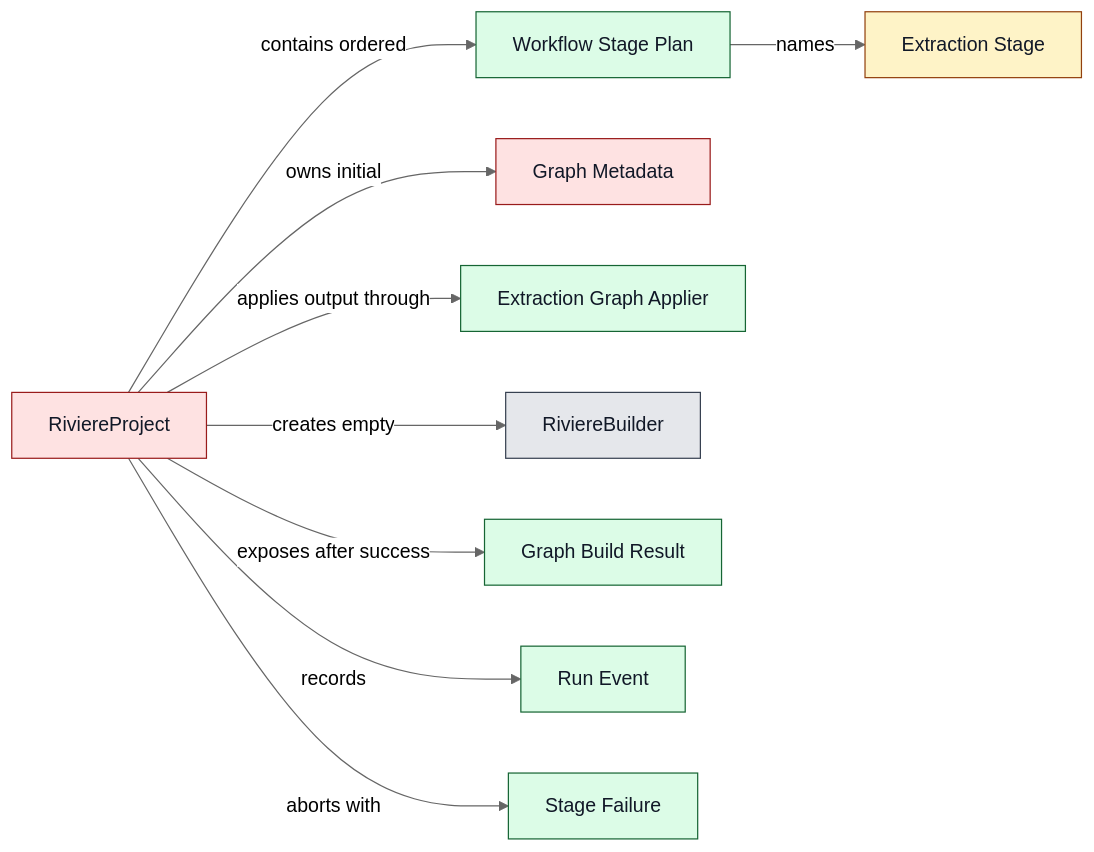
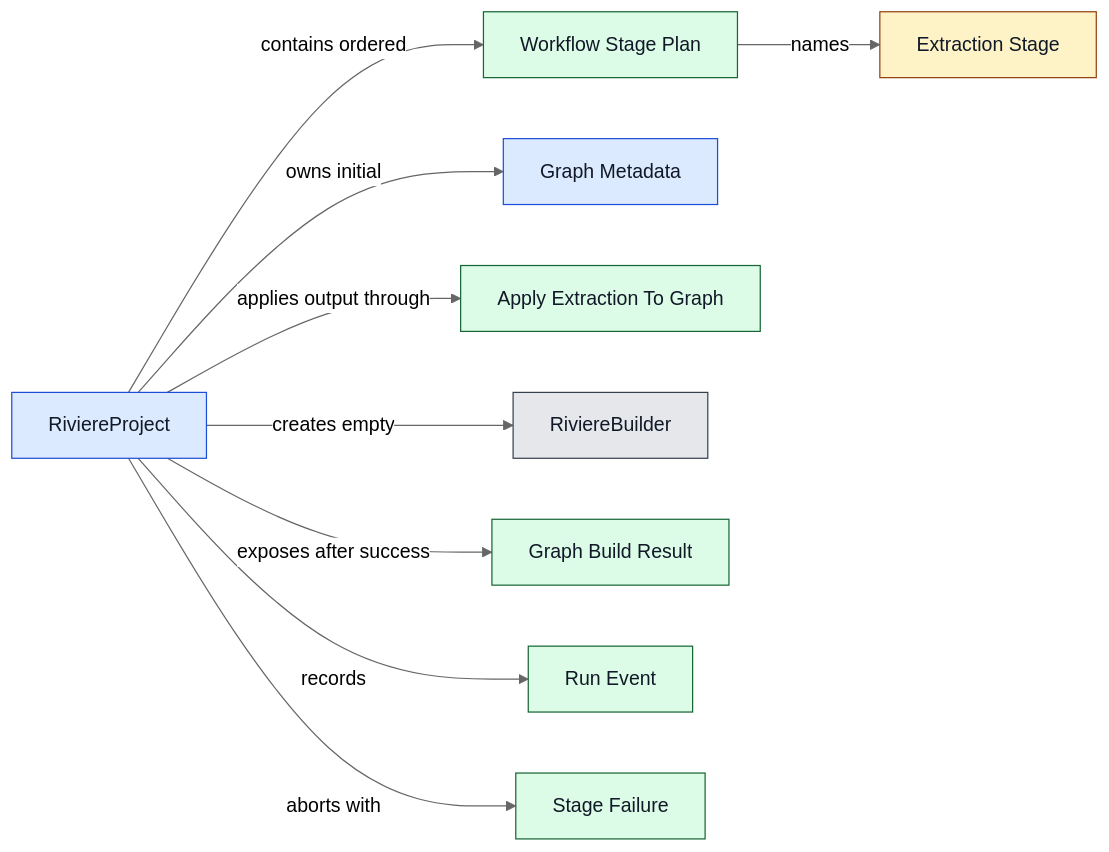
Before and after one commit to NTCoding/living-architecture: the first of 5 diagrams in docs/project/PRD/riviere-extraction-workflows-v1/ARCH.md, drawn with Mermaid (neutral theme). The commit also changed other lines of this file and 1 other file, not shown here.

````diff
--- a/docs/project/PRD/riviere-extraction-workflows-v1/ARCH.md
+++ b/docs/project/PRD/riviere-extraction-workflows-v1/ARCH.md
@@ -124,35 +161,35 @@
 ```mermaid
 flowchart LR
   riviereProject["RiviereProject"]
   stagePlan["Workflow Stage Plan"]
   graphMetadata["Graph Metadata"]
   extractionStage["Extraction Stage"]
-  graphApplier["Extraction Graph Applier"]
+  applyExtractionToGraph["Apply Extraction To Graph"]
   builder["RiviereBuilder"]
   graphResult["Graph Build Result"]
   runEvent["Run Event"]
   failure["Stage Failure"]
 
   riviereProject -->|contains ordered| stagePlan
   riviereProject -->|owns initial| graphMetadata
   stagePlan -->|names| extractionStage
   riviereProject -->|creates empty| builder
-  riviereProject -->|applies output through| graphApplier
+  riviereProject -->|applies output through| applyExtractionToGraph
   riviereProject -->|records| runEvent
   riviereProject -->|aborts with| failure
   riviereProject -->|exposes after success| graphResult
 
   classDef statusExisting fill:#e5e7eb,stroke:#374151,color:#111827
   classDef statusChanged fill:#fef3c7,stroke:#92400e,color:#111827
   classDef statusNew fill:#dcfce7,stroke:#166534,color:#111827
-  classDef statusOpen fill:#fee2e2,stroke:#991b1b,color:#111827
-  class riviereProject statusOpen
+  classDef statusRequiresRoleChange fill:#dbeafe,stroke:#1d4ed8,color:#111827
+  class riviereProject statusRequiresRoleChange
   class stagePlan statusNew
-  class graphMetadata statusOpen
+  class graphMetadata statusRequiresRoleChange
   class extractionStage statusChanged
-  class graphApplier statusNew
+  class applyExtractionToGraph statusNew
   class builder statusExisting
   class graphResult statusNew
   class runEvent statusNew
   class failure statusNew
 ```
````
